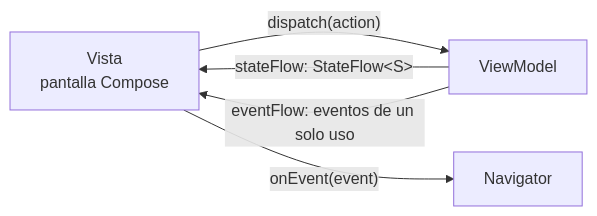
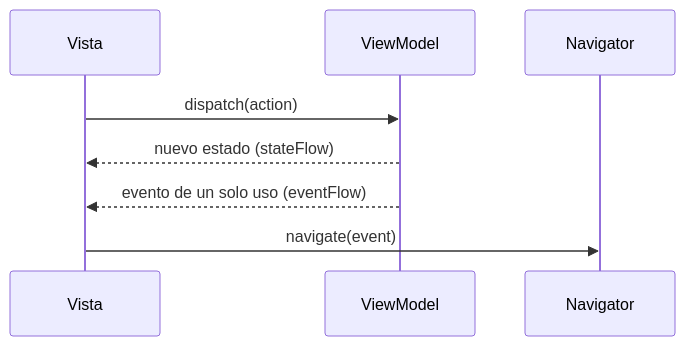
Before and after one commit to carmabs/Ema: the diagram in docs/index.es.md, drawn with Mermaid. The commit also changed 11 other files, not shown here.

First line of the commit message:
Redraw the diagrams without crossing arrows

````diff
--- a/docs/index.es.md
+++ b/docs/index.es.md
@@ -13,7 +13,10 @@
 ```mermaid
-flowchart LR
-    V[Vista<br/>pantalla Compose] -- "dispatch(action)" --> VM[ViewModel]
-    VM -- "stateFlow: StateFlow&lt;S&gt;" --> V
-    VM -- "eventFlow: eventos de un solo uso" --> V
-    V -- "onEvent(event)" --> N[Navigator]
+sequenceDiagram
+    participant V as Vista
+    participant VM as ViewModel
+    participant N as Navigator
+    V->>VM: dispatch(action)
+    VM-->>V: nuevo estado (stateFlow)
+    VM-->>V: evento de un solo uso (eventFlow)
+    V->>N: navigate(event)
 ```
````
